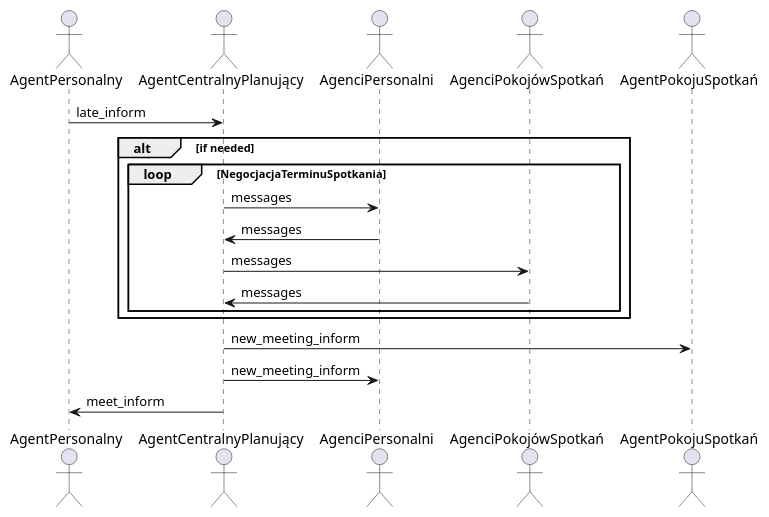
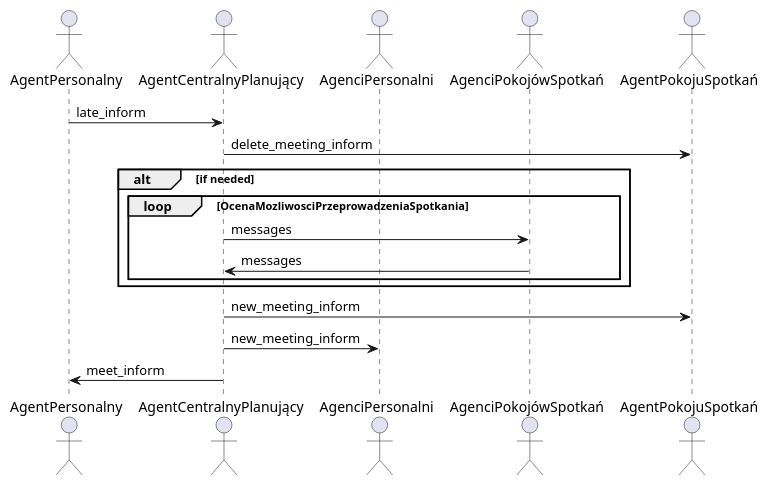
Before and after one commit to michalMilewski-8/SmartBuilding_Agent_MiNI_Project: the diagram in project_description/diagrams_src/InformowanieOSpóźnieniuNaSpotkanie.puml, drawn with PlantUML. The commit also changed 1 other file, not shown here.

Commit message:
Update diagram

```diff
--- a/project_description/diagrams_src/InformowanieOSpóźnieniuNaSpotkanie.puml
+++ b/project_description/diagrams_src/InformowanieOSpóźnieniuNaSpotkanie.puml
@@ -1,21 +1,20 @@
 @startuml
 actor AgentPersonalny
 actor AgentCentralnyPlanujący
 actor AgenciPersonalni
 actor AgenciPokojówSpotkań
 actor AgentPokojuSpotkań
 
 AgentPersonalny -> AgentCentralnyPlanujący : late_inform
+AgentCentralnyPlanujący -> AgentPokojuSpotkań : delete_meeting_inform
 alt if needed
-	loop NegocjacjaTerminuSpotkania
-		AgentCentralnyPlanujący -> AgenciPersonalni : messages
-		AgenciPersonalni -> AgentCentralnyPlanujący : messages
+	loop OcenaMozliwosciPrzeprowadzeniaSpotkania
 		AgentCentralnyPlanujący -> AgenciPokojówSpotkań : messages
 		AgenciPokojówSpotkań -> AgentCentralnyPlanujący : messages
 	end
 end
 AgentCentralnyPlanujący -> AgentPokojuSpotkań : new_meeting_inform
 AgentCentralnyPlanujący -> AgenciPersonalni : new_meeting_inform
 AgentCentralnyPlanujący -> AgentPersonalny : meet_inform
 
 @enduml
```
